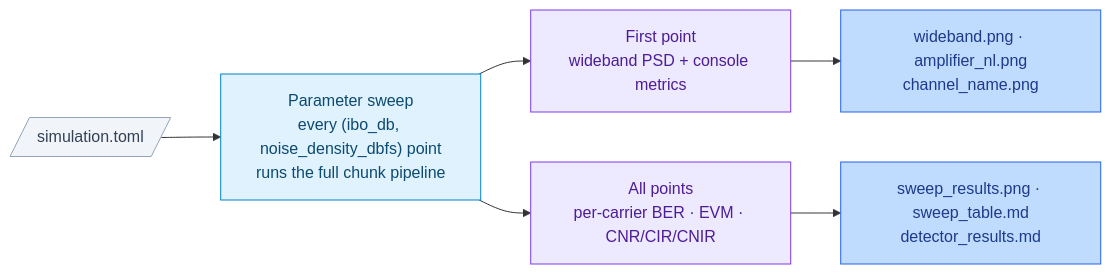
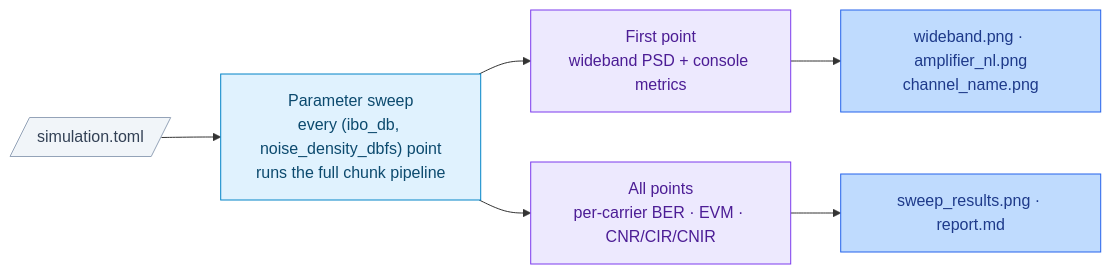
One commit to bandospook/signal-processing-simulation changed the diagram in docs/simulation_overview.md. Above: the diagram before and after it, drawn with Mermaid. The commit also changed other lines of this file and 10 other files, not shown here.

First line of the commit message:
refactor: merge sweep_table and detector_results into a single report.md

````diff
--- a/docs/simulation_overview.md
+++ b/docs/simulation_overview.md
@@ -11,25 +11,25 @@
 ```mermaid
 flowchart LR
     CFG[/"simulation.toml"/]
     SWEEP["Parameter sweep<br/>every (ibo_db, noise_density_dbfs) point<br/>runs the full chunk pipeline"]
     FIRST["First point<br/>wideband PSD + console metrics"]
     GRID["All points<br/>per-carrier BER · EVM · CNR/CIR/CNIR"]
     FOUTS["wideband.png · amplifier_nl.png<br/>channel_name.png"]
-    GOUTS["sweep_results.png · sweep_table.md<br/>detector_results.md"]
+    GOUTS["sweep_results.png · report.md"]
 
     CFG --> SWEEP
     SWEEP --> FIRST --> FOUTS
     SWEEP --> GRID --> GOUTS
 
     classDef cfg    fill:#f1f5f9,stroke:#94a3b8,color:#334155
     classDef sweep  fill:#e0f2fe,stroke:#0284c7,color:#0c4a6e
     classDef stage  fill:#ede9fe,stroke:#7c3aed,color:#4c1d95
     classDef outs   fill:#bfdbfe,stroke:#2563eb,color:#1e3a8a
 
     class CFG cfg
     class SWEEP sweep
     class FIRST stage
     class GRID stage
     class FOUTS outs
     class GOUTS outs
 ```
````
